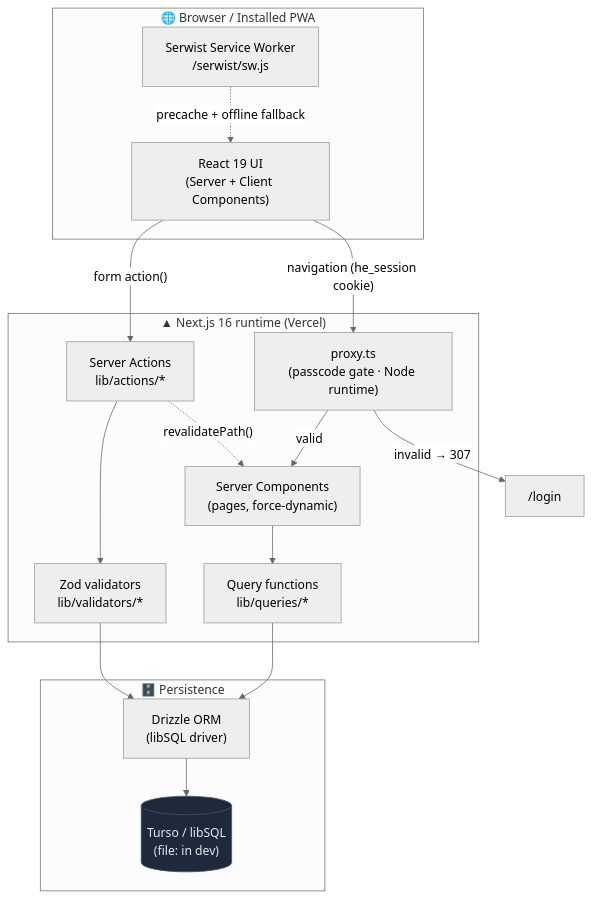
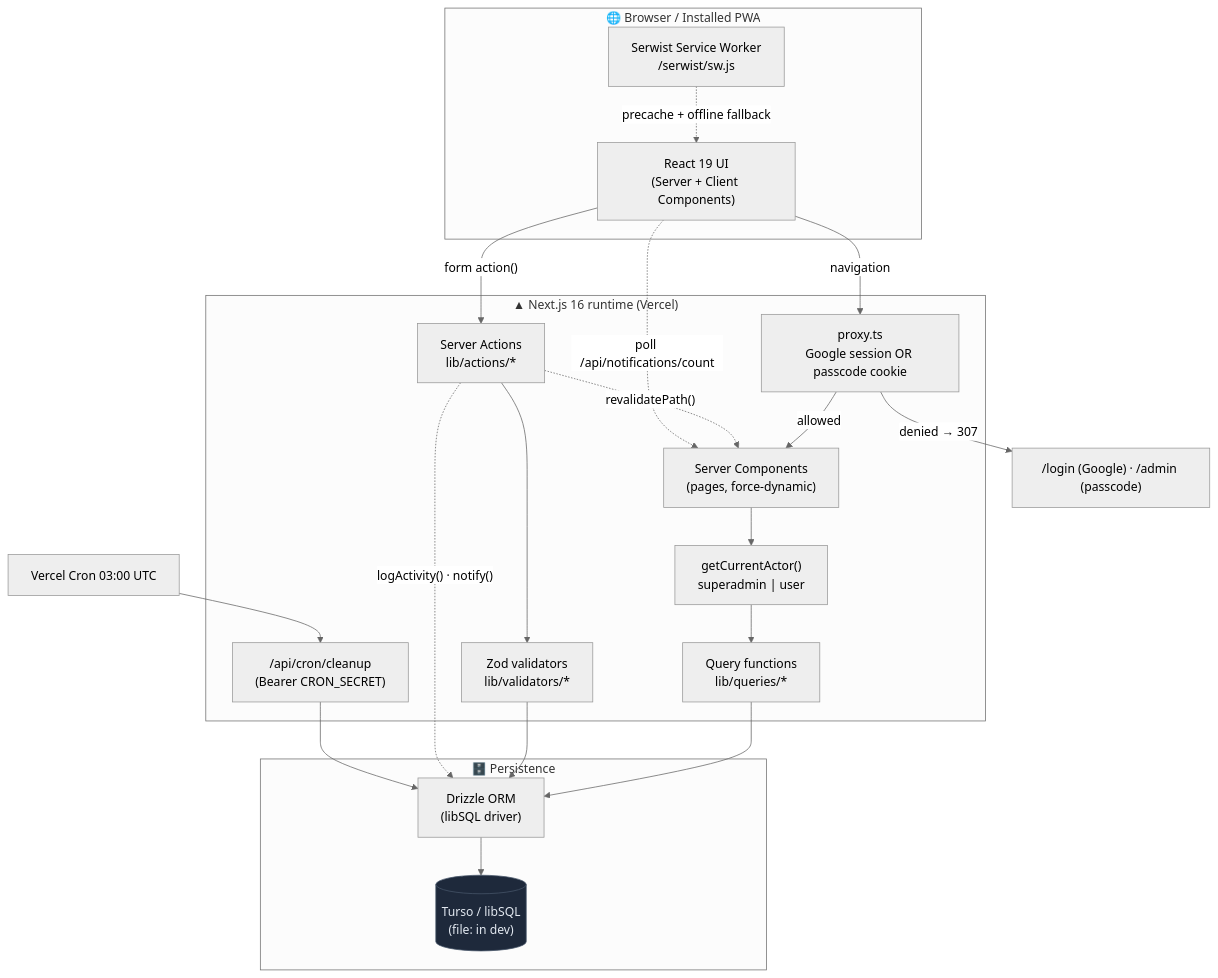
Before and after one commit to mangatinanda/outlay: the first of 4 diagrams in README.md, drawn with Mermaid (neutral theme). The commit also changed other lines of this file and 5 other files, not shown here.

````diff
--- a/README.md
+++ b/README.md
@@ -78,31 +92,36 @@
 ```mermaid
 flowchart TB
     subgraph Client["🌐 Browser / Installed PWA"]
         UI["React 19 UI<br/>(Server + Client Components)"]
         SW["Serwist Service Worker<br/>/serwist/sw.js"]
     end
 
     subgraph Next["▲ Next.js 16 runtime (Vercel)"]
-        PROXY["proxy.ts<br/>(passcode gate · Node runtime)"]
+        PROXY["proxy.ts<br/>Google session OR passcode cookie"]
+        ACTOR["getCurrentActor()<br/>superadmin | user"]
         RSC["Server Components<br/>(pages, force-dynamic)"]
         SA["Server Actions<br/>lib/actions/*"]
         VAL["Zod validators<br/>lib/validators/*"]
         QRY["Query functions<br/>lib/queries/*"]
+        CRON["/api/cron/cleanup<br/>(Bearer CRON_SECRET)"]
     end
 
     subgraph Data["🗄️ Persistence"]
         ORM["Drizzle ORM<br/>(libSQL driver)"]
         DB[("Turso / libSQL<br/>(file: in dev)")]
     end
 
-    UI -->|"navigation (he_session cookie)"| PROXY
-    PROXY -->|"valid"| RSC
-    PROXY -->|"invalid → 307"| LOGIN["/login"]
-    RSC --> QRY --> ORM --> DB
+    UI -->|"navigation"| PROXY
+    PROXY -->|"allowed"| RSC
+    PROXY -->|"denied → 307"| LOGIN["/login (Google) · /admin (passcode)"]
+    RSC --> ACTOR --> QRY --> ORM --> DB
     UI -->|"form action()"| SA --> VAL --> ORM
+    SA -.->|"logActivity() · notify()"| ORM
     SA -.->|"revalidatePath()"| RSC
+    UI -.->|"poll /api/notifications/count"| RSC
+    VERCEL["Vercel Cron 03:00 UTC"] --> CRON --> ORM
     SW -.->|"precache + offline fallback"| UI
 
     classDef db fill:#1e293b,stroke:#475569,color:#e2e8f0;
     class DB db;
 ```
````
